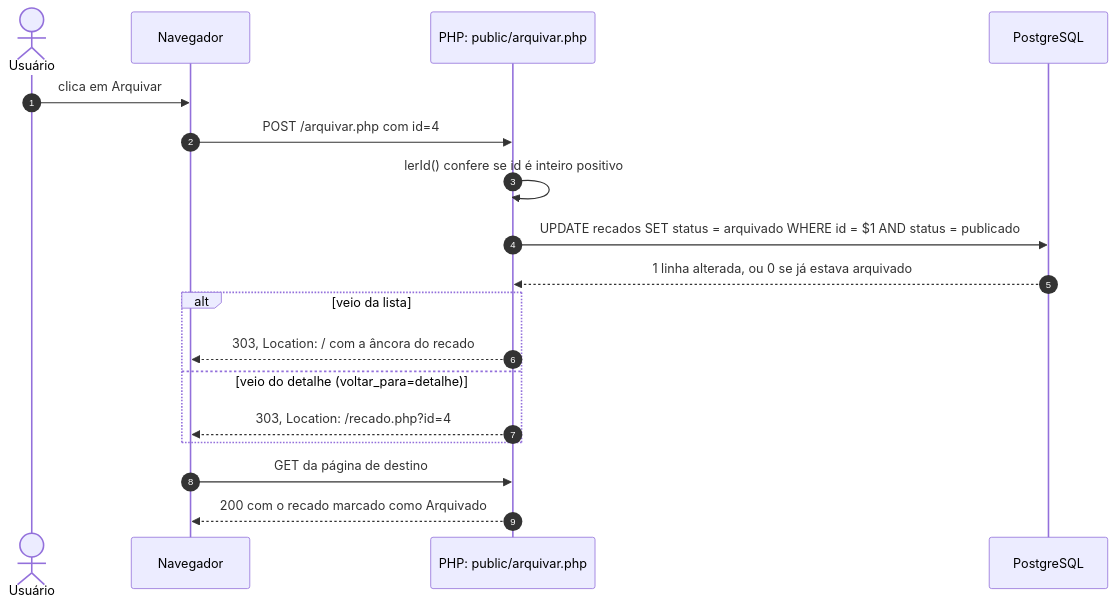
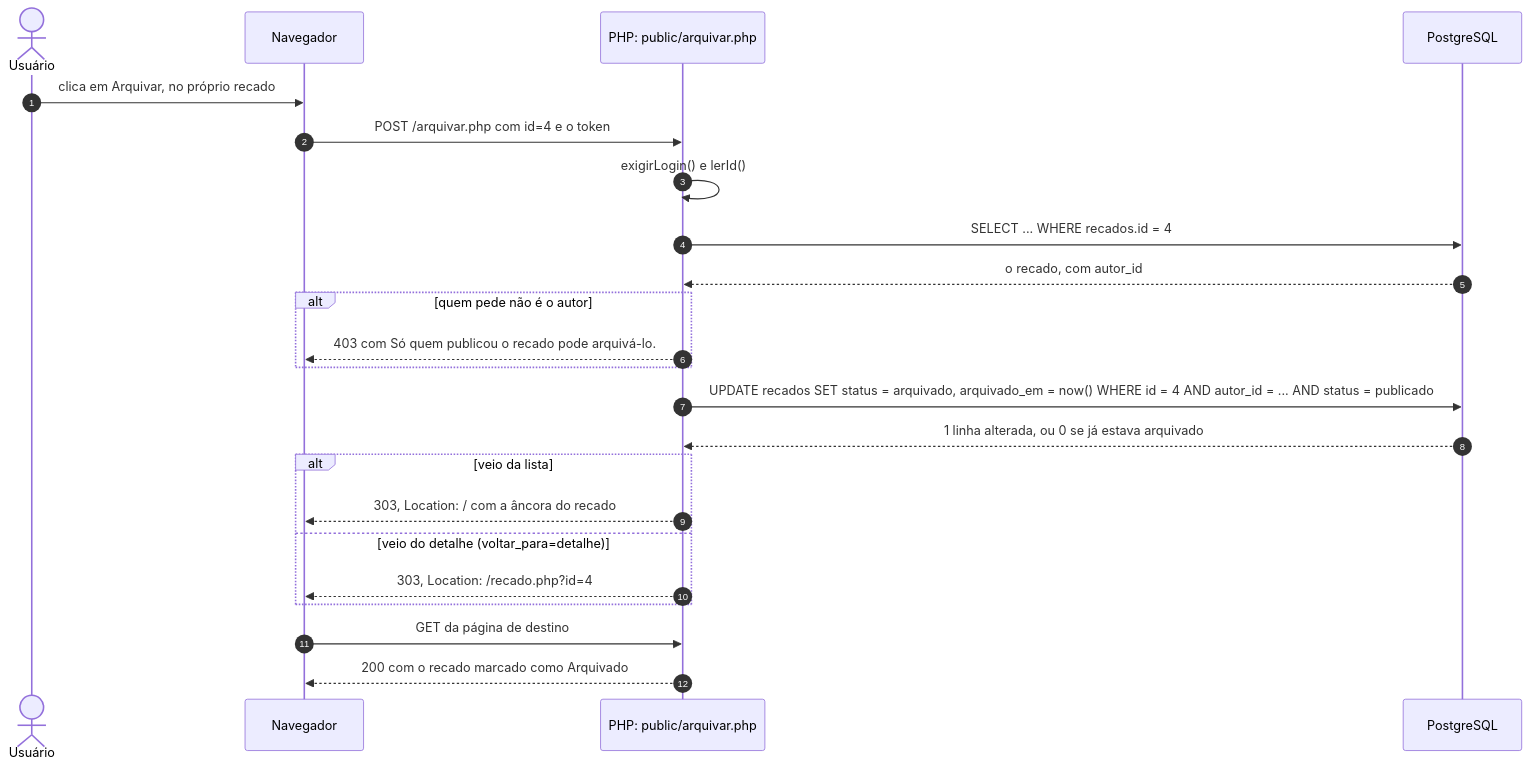
Before and after one commit to jacksongomesbr/uft-cc-dwm-mini-mural-php: the fifth of 10 diagrams in docs/funcionamento.md, drawn with Mermaid. The commit also changed other lines of this file and 7 other files, not shown here.

````diff
--- a/docs/funcionamento.md
+++ b/docs/funcionamento.md
@@ -204,21 +208,26 @@
 ```mermaid
 sequenceDiagram
     autonumber
     actor U as Usuário
     participant N as Navegador
     participant P as PHP: public/arquivar.php
     participant B as PostgreSQL
 
-    U->>N: clica em Arquivar
-    N->>P: POST /arquivar.php com id=4
-    P->>P: lerId() confere se id é inteiro positivo
-    P->>B: UPDATE recados SET status = arquivado WHERE id = $1 AND status = publicado
+    U->>N: clica em Arquivar, no próprio recado
+    N->>P: POST /arquivar.php com id=4 e o token
+    P->>P: exigirLogin() e lerId()
+    P->>B: SELECT ... WHERE recados.id = 4
+    B-->>P: o recado, com autor_id
+    alt quem pede não é o autor
+        P-->>N: 403 com Só quem publicou o recado pode arquivá-lo.
+    end
+    P->>B: UPDATE recados SET status = arquivado, arquivado_em = now() WHERE id = 4 AND autor_id = ... AND status = publicado
     B-->>P: 1 linha alterada, ou 0 se já estava arquivado
     alt veio da lista
         P-->>N: 303, Location: / com a âncora do recado
     else veio do detalhe (voltar_para=detalhe)
         P-->>N: 303, Location: /recado.php?id=4
     end
     N->>P: GET da página de destino
     P-->>N: 200 com o recado marcado como Arquivado
 ```
````
